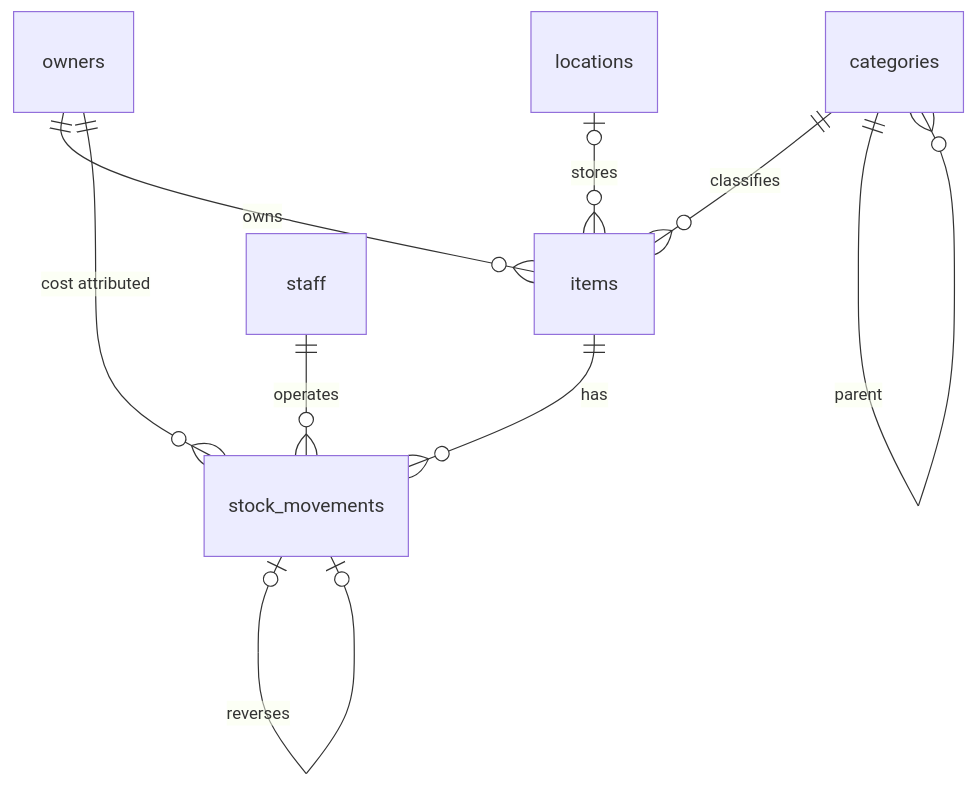
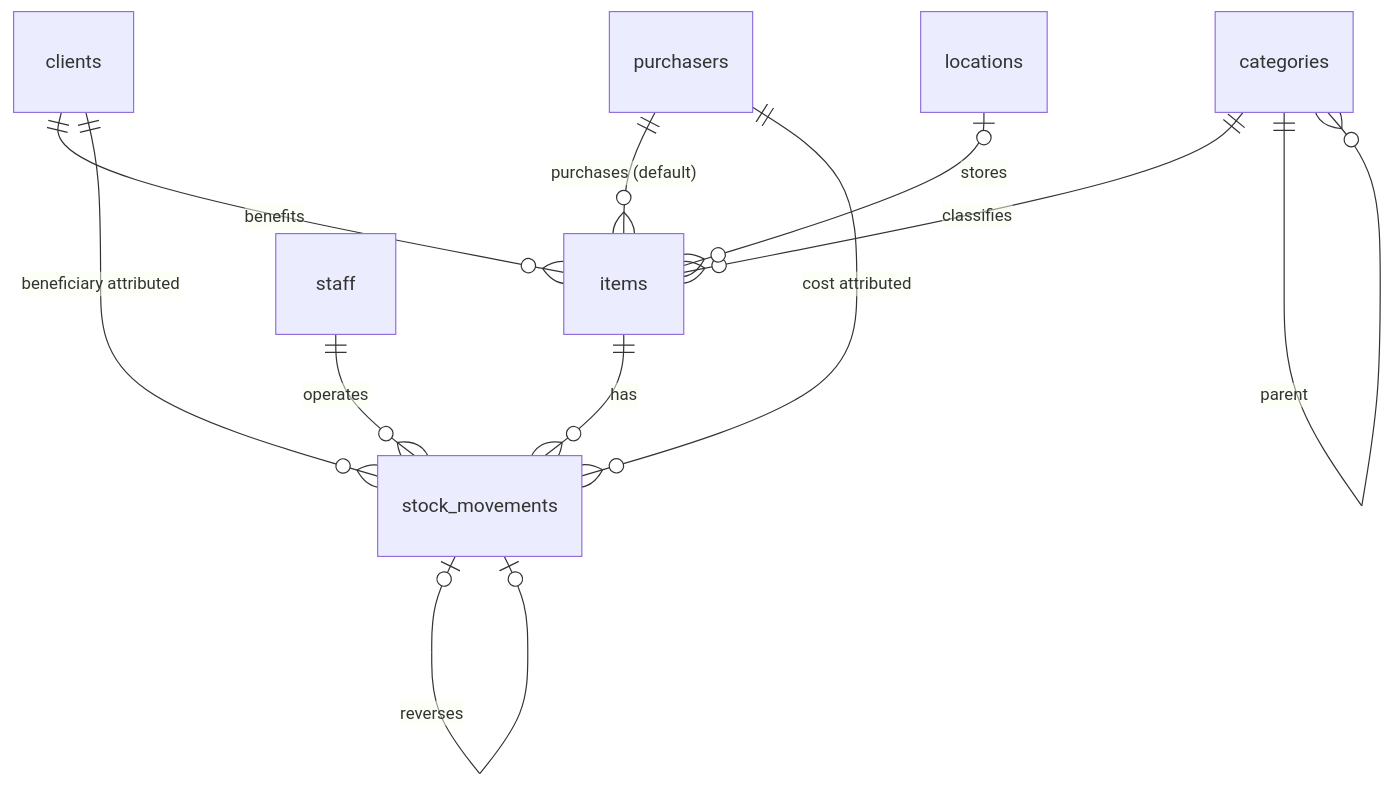
Before and after one commit to sho-kawasaki-dd/inventory-management-app: the second of 5 diagrams in docs/ローカル在庫管理アプリ開発計画書.md, drawn with Mermaid. The commit also changed other lines of this file and 2 other files, not shown here.

````diff
--- a/docs/ローカル在庫管理アプリ開発計画書.md
+++ b/docs/ローカル在庫管理アプリ開発計画書.md
@@ -269,11 +273,13 @@
 ```mermaid
 erDiagram
-    owners ||--o{ items : owns
+    clients ||--o{ items : benefits
+    purchasers ||--o{ items : "purchases (default)"
     categories ||--o{ items : classifies
     categories ||--o{ categories : parent
     locations |o--o{ items : stores
     items ||--o{ stock_movements : has
-    owners ||--o{ stock_movements : "cost attributed"
+    clients ||--o{ stock_movements : "beneficiary attributed"
+    purchasers ||--o{ stock_movements : "cost attributed"
     staff ||--o{ stock_movements : operates
     stock_movements |o--o| stock_movements : reverses
 ```
````
